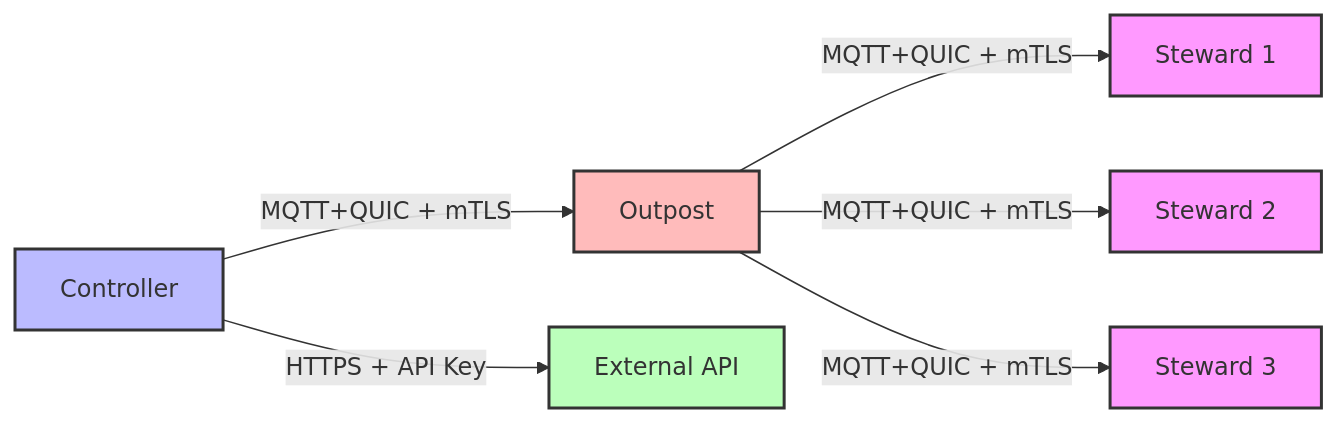
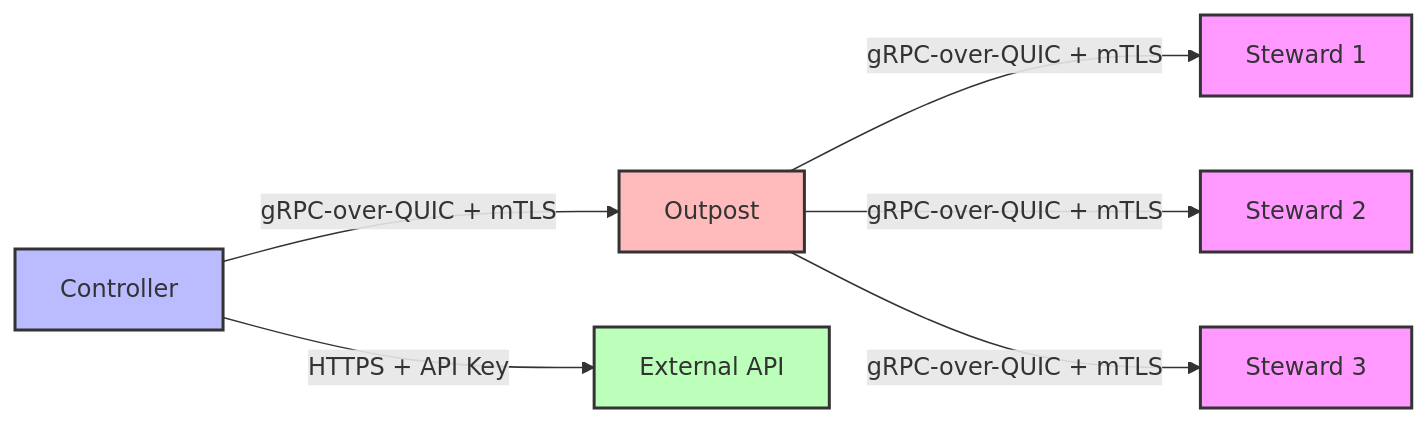
The third of 5 diagrams in docs/terminology.md (cfg-is/cfgms), drawn with Mermaid before and after one commit. The commit also changed other lines of this file and 62 other files, not shown here.

````diff
--- a/docs/terminology.md
+++ b/docs/terminology.md
@@ -162,14 +162,14 @@
 ```mermaid
 graph LR
-    C[Controller] -->|MQTT+QUIC + mTLS| O[Outpost]
-    O -->|MQTT+QUIC + mTLS| S1[Steward 1]
-    O -->|MQTT+QUIC + mTLS| S2[Steward 2]
-    O -->|MQTT+QUIC + mTLS| S3[Steward 3]
+    C[Controller] -->|gRPC-over-QUIC + mTLS| O[Outpost]
+    O -->|gRPC-over-QUIC + mTLS| S1[Steward 1]
+    O -->|gRPC-over-QUIC + mTLS| S2[Steward 2]
+    O -->|gRPC-over-QUIC + mTLS| S3[Steward 3]
     C -->|HTTPS + API Key| E[External API]
     style C fill:#bbf,stroke:#333,stroke-width:2px
     style O fill:#fbb,stroke:#333,stroke-width:2px
     style S1 fill:#f9f,stroke:#333,stroke-width:2px
     style S2 fill:#f9f,stroke:#333,stroke-width:2px
     style S3 fill:#f9f,stroke:#333,stroke-width:2px
     style E fill:#bfb,stroke:#333,stroke-width:2px
 ```
````
